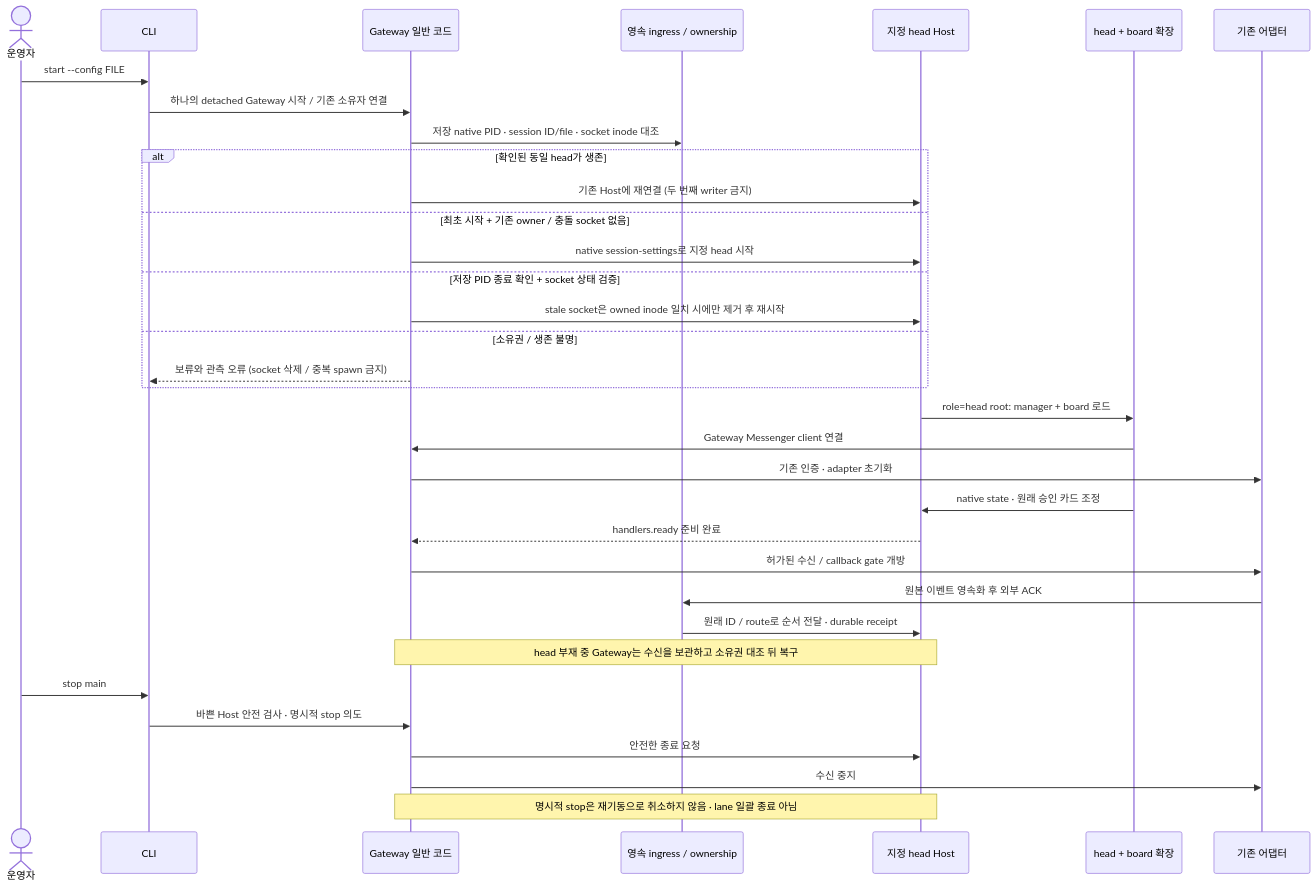
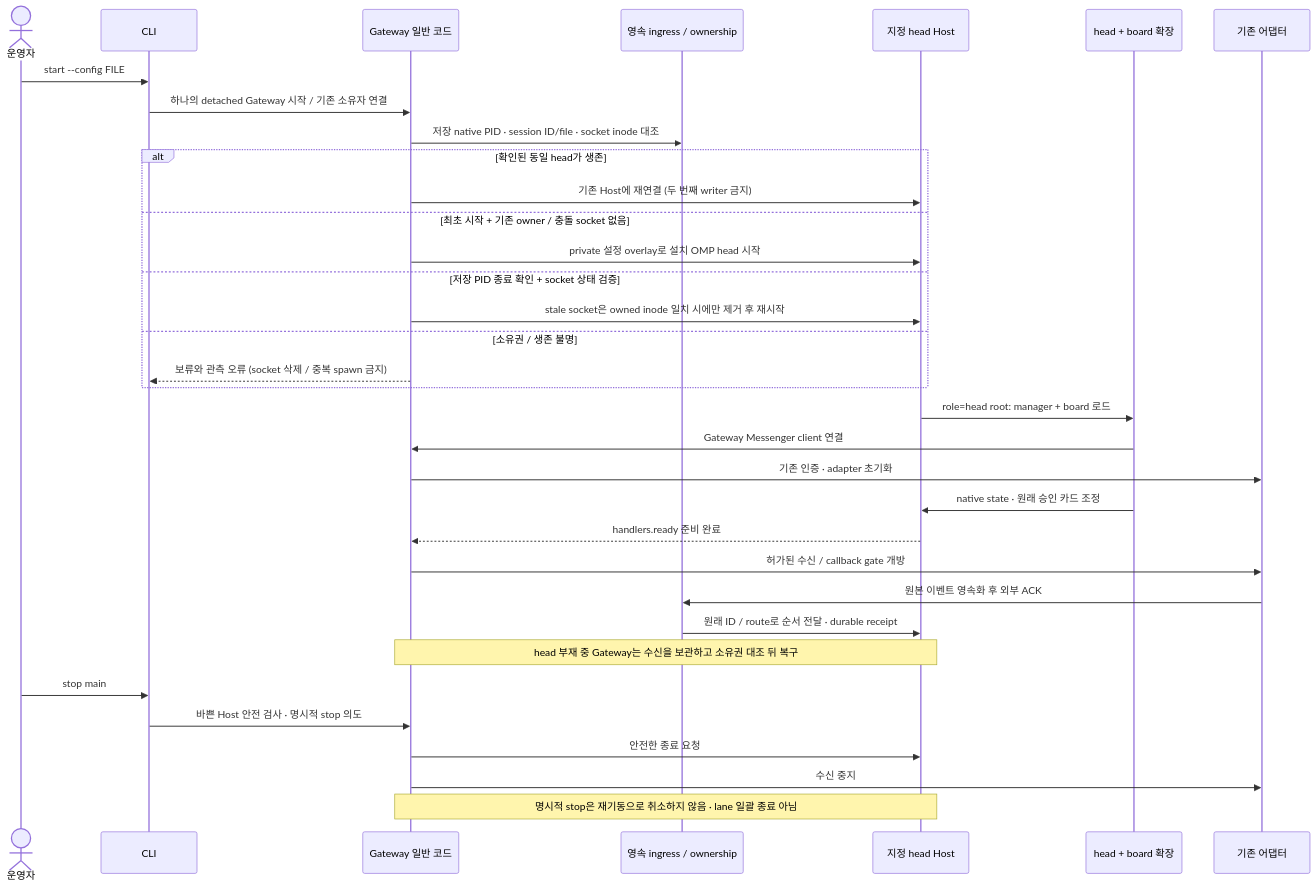
Before and after one commit to 1Morganmore/omp-superagent: the second of 4 diagrams in DESIGN.md, drawn with Mermaid. The commit also changed other lines of this file and 82 other files, not shown here.

````diff
--- a/DESIGN.md
+++ b/DESIGN.md
@@ -202,36 +224,36 @@
 ```mermaid
 sequenceDiagram
     actor O as 운영자
     participant CLI as CLI
     participant G as Gateway 일반 코드
     participant J as 영속 ingress / ownership
     participant H as 지정 head Host
     participant E as head + board 확장
     participant A as 기존 어댑터
     O->>CLI: start --config FILE
     CLI->>G: 하나의 detached Gateway 시작 / 기존 소유자 연결
     G->>J: 저장 native PID · session ID/file · socket inode 대조
     alt 확인된 동일 head가 생존
         G->>H: 기존 Host에 재연결 (두 번째 writer 금지)
     else 최초 시작 + 기존 owner / 충돌 socket 없음
-        G->>H: native session-settings로 지정 head 시작
+        G->>H: private 설정 overlay로 설치 OMP head 시작
     else 저장 PID 종료 확인 + socket 상태 검증
         G->>H: stale socket은 owned inode 일치 시에만 제거 후 재시작
     else 소유권 / 생존 불명
         G-->>CLI: 보류와 관측 오류 (socket 삭제 / 중복 spawn 금지)
     end
     H->>E: role=head root: manager + board 로드
     E->>G: Gateway Messenger client 연결
     G->>A: 기존 인증 · adapter 초기화
     E->>H: native state · 원래 승인 카드 조정
     H-->>G: handlers.ready 준비 완료
     G->>A: 허가된 수신 / callback gate 개방
     A->>J: 원본 이벤트 영속화 후 외부 ACK
     J->>H: 원래 ID / route로 순서 전달 · durable receipt
     Note over G,H: head 부재 중 Gateway는 수신을 보관하고 소유권 대조 뒤 복구
     O->>CLI: stop main
     CLI->>G: 바쁜 Host 안전 검사 · 명시적 stop 의도
     G->>H: 안전한 종료 요청
     G->>A: 수신 중지
     Note over G,H: 명시적 stop은 재기동으로 취소하지 않음 · lane 일괄 종료 아님
 ```
````
